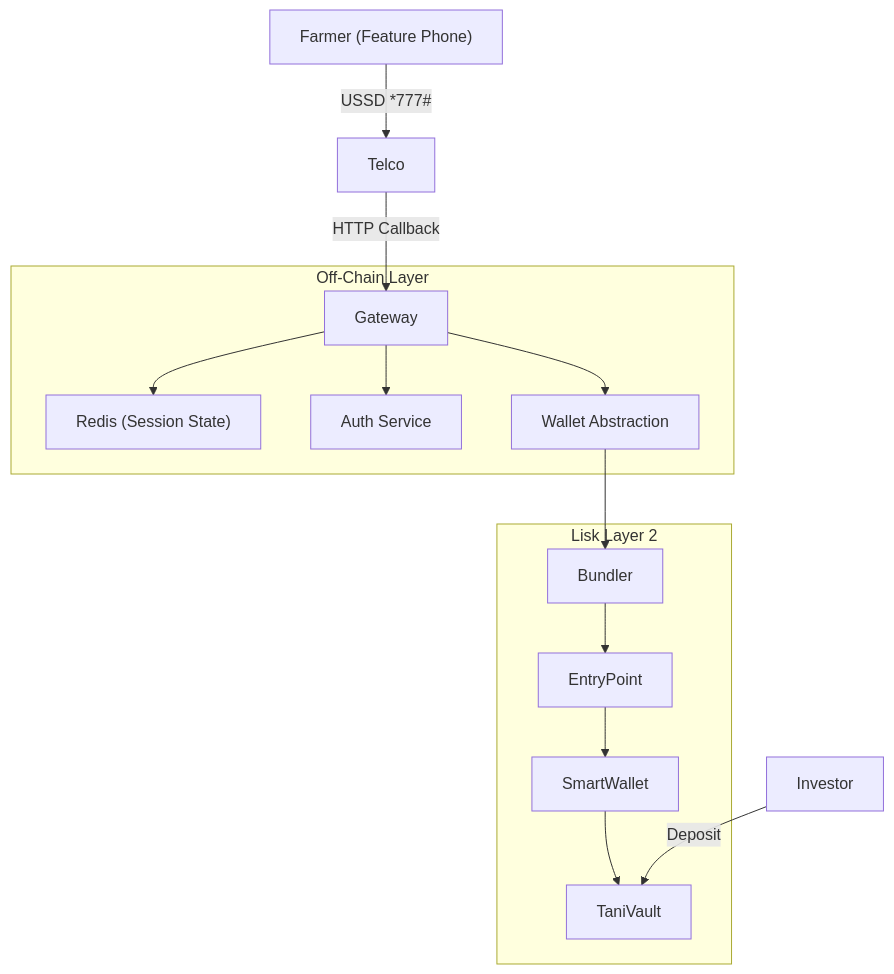
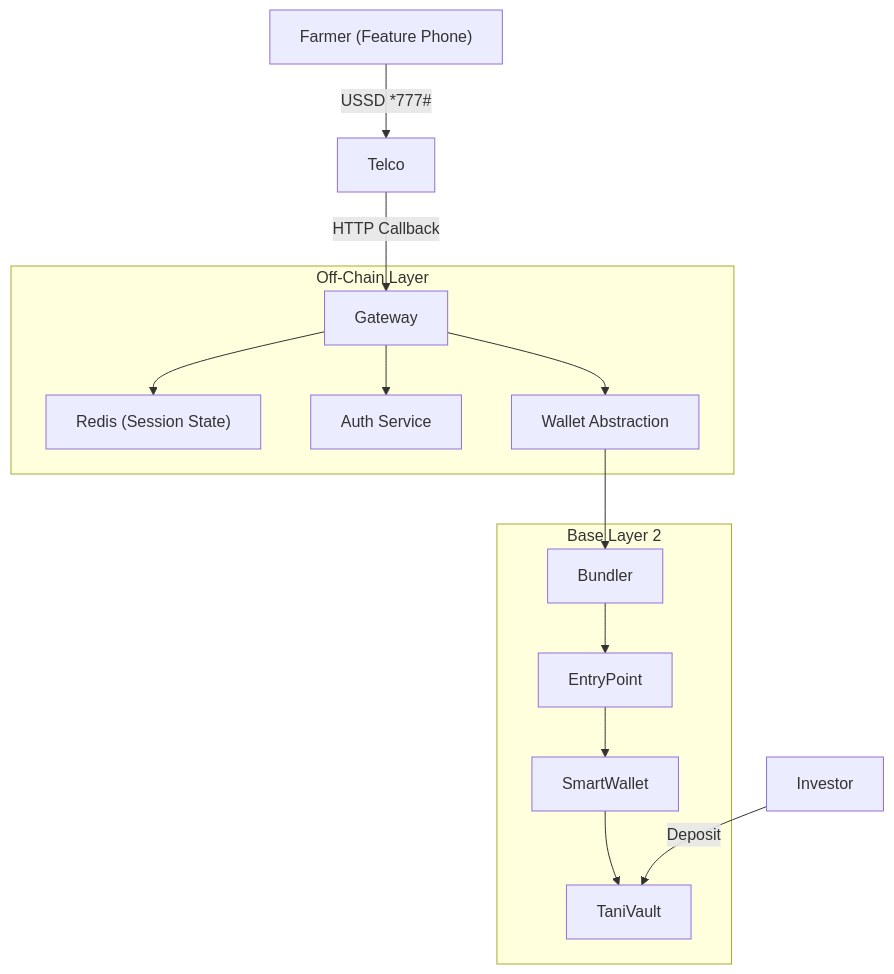
Before and after one commit to karelriyan/TaniFi: the diagram in README.md, drawn with Mermaid. The commit also changed other lines of this file and 20 other files, not shown here.

````diff
--- a/README.md
+++ b/README.md
@@ -92,20 +92,20 @@
 ```mermaid
 graph TD
     Farmer["Farmer (Feature Phone)"] -->|USSD *777#| Telco
     Telco -->|HTTP Callback| Gateway
 
     subgraph OffChain["Off-Chain Layer"]
         Gateway --> Redis["Redis (Session State)"]
         Gateway --> Auth["Auth Service"]
         Gateway --> MPC["Wallet Abstraction"]
     end
 
-    subgraph Lisk["Lisk Layer 2"]
+    subgraph Base["Base Layer 2"]
         MPC --> Bundler
         Bundler --> EntryPoint
         EntryPoint --> SmartWallet
         SmartWallet --> Vault["TaniVault"]
     end
 
     Investor -->|Deposit| Vault
 ```
````
